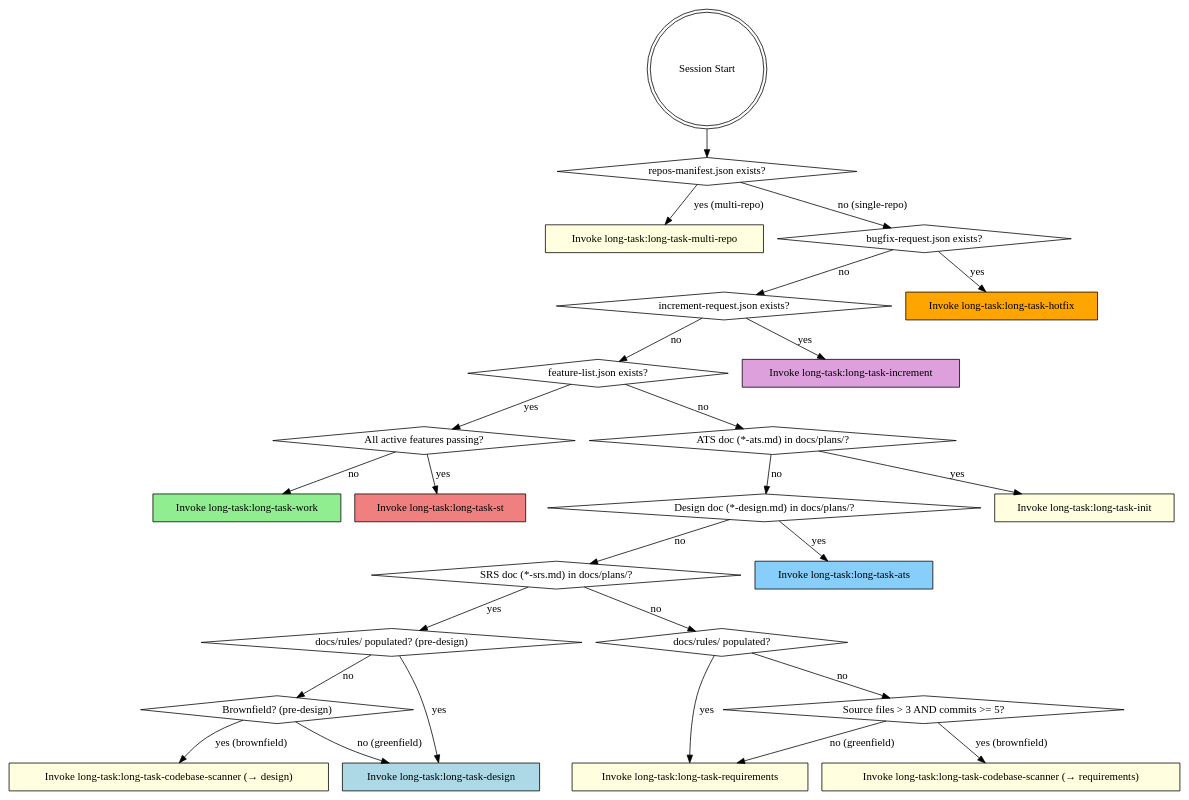
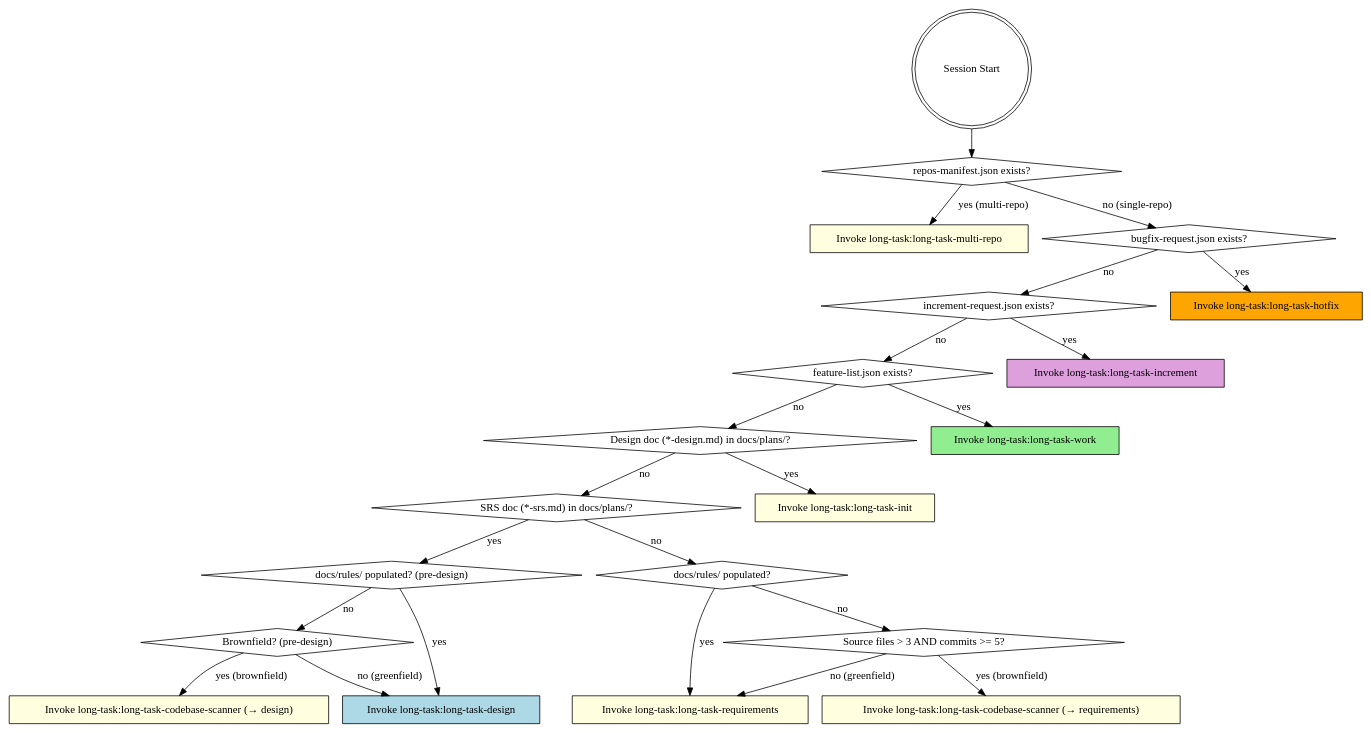
Before and after one commit to suriyel/longtaskforagent: the diagram in skills/using-long-task/SKILL.md, drawn with Graphviz. The commit also changed other lines of this file and 44 other files, not shown here.

````diff
--- a/skills/using-long-task/SKILL.md
+++ b/skills/using-long-task/SKILL.md
@@ -24,55 +24,47 @@
 ```dot
 digraph phase_detection {
     "Session Start" [shape=doublecircle];
     "repos-manifest.json exists?" [shape=diamond];
     "Invoke long-task:long-task-multi-repo" [shape=box style=filled fillcolor=lightyellow];
     "bugfix-request.json exists?" [shape=diamond];
     "increment-request.json exists?" [shape=diamond];
     "feature-list.json exists?" [shape=diamond];
-    "All active features passing?" [shape=diamond];
     "Design doc (*-design.md) in docs/plans/?" [shape=diamond];
-    "ATS doc (*-ats.md) in docs/plans/?" [shape=diamond];
     "SRS doc (*-srs.md) in docs/plans/?" [shape=diamond];
     "docs/rules/ populated? (pre-design)" [shape=diamond];
     "Brownfield? (pre-design)" [shape=diamond];
     "docs/rules/ populated?" [shape=diamond];
     "Source files > 3 AND commits >= 5?" [shape=diamond];
     "Invoke long-task:long-task-hotfix" [shape=box style=filled fillcolor=orange];
     "Invoke long-task:long-task-increment" [shape=box style=filled fillcolor=plum];
     "Invoke long-task:long-task-requirements" [shape=box style=filled fillcolor=lightyellow];
     "Invoke long-task:long-task-codebase-scanner (→ requirements)" [shape=box style=filled fillcolor=lightyellow];
     "Invoke long-task:long-task-codebase-scanner (→ design)" [shape=box style=filled fillcolor=lightyellow];
     "Invoke long-task:long-task-design" [shape=box style=filled fillcolor=lightblue];
-    "Invoke long-task:long-task-ats" [shape=box style=filled fillcolor=lightskyblue];
     "Invoke long-task:long-task-init" [shape=box style=filled fillcolor=lightyellow];
     "Invoke long-task:long-task-work" [shape=box style=filled fillcolor=lightgreen];
-    "Invoke long-task:long-task-st" [shape=box style=filled fillcolor=lightcoral];
 
     "Session Start" -> "repos-manifest.json exists?";
     "repos-manifest.json exists?" -> "Invoke long-task:long-task-multi-repo" [label="yes (multi-repo)"];
     "repos-manifest.json exists?" -> "bugfix-request.json exists?" [label="no (single-repo)"];
 
     "bugfix-request.json exists?" -> "Invoke long-task:long-task-hotfix" [label="yes"];
     "bugfix-request.json exists?" -> "increment-request.json exists?" [label="no"];
     "increment-request.json exists?" -> "Invoke long-task:long-task-increment" [label="yes"];
     "increment-request.json exists?" -> "feature-list.json exists?" [label="no"];
-    "feature-list.json exists?" -> "All active features passing?" [label="yes"];
-    "All active features passing?" -> "Invoke long-task:long-task-st" [label="yes"];
-    "All active features passing?" -> "Invoke long-task:long-task-work" [label="no"];
-    "feature-list.json exists?" -> "ATS doc (*-ats.md) in docs/plans/?" [label="no"];
-    "ATS doc (*-ats.md) in docs/plans/?" -> "Invoke long-task:long-task-init" [label="yes"];
-    "ATS doc (*-ats.md) in docs/plans/?" -> "Design doc (*-design.md) in docs/plans/?" [label="no"];
-    "Design doc (*-design.md) in docs/plans/?" -> "Invoke long-task:long-task-ats" [label="yes"];
+    "feature-list.json exists?" -> "Invoke long-task:long-task-work" [label="yes"];
+    "feature-list.json exists?" -> "Design doc (*-design.md) in docs/plans/?" [label="no"];
+    "Design doc (*-design.md) in docs/plans/?" -> "Invoke long-task:long-task-init" [label="yes"];
     "Design doc (*-design.md) in docs/plans/?" -> "SRS doc (*-srs.md) in docs/plans/?" [label="no"];
     "SRS doc (*-srs.md) in docs/plans/?" -> "docs/rules/ populated? (pre-design)" [label="yes"];
     "docs/rules/ populated? (pre-design)" -> "Invoke long-task:long-task-design" [label="yes"];
     "docs/rules/ populated? (pre-design)" -> "Brownfield? (pre-design)" [label="no"];
     "Brownfield? (pre-design)" -> "Invoke long-task:long-task-codebase-scanner (→ design)" [label="yes (brownfield)"];
     "Brownfield? (pre-design)" -> "Invoke long-task:long-task-design" [label="no (greenfield)"];
     "SRS doc (*-srs.md) in docs/plans/?" -> "docs/rules/ populated?" [label="no"];
     "docs/rules/ populated?" -> "Invoke long-task:long-task-requirements" [label="yes"];
     "docs/rules/ populated?" -> "Source files > 3 AND commits >= 5?" [label="no"];
     "Source files > 3 AND commits >= 5?" -> "Invoke long-task:long-task-codebase-scanner (→ requirements)" [label="yes (brownfield)"];
     "Source files > 3 AND commits >= 5?" -> "Invoke long-task:long-task-requirements" [label="no (greenfield)"];
 }
 ```
````
